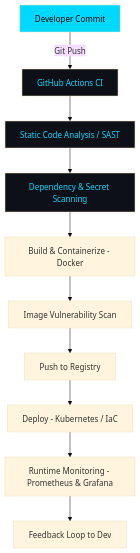
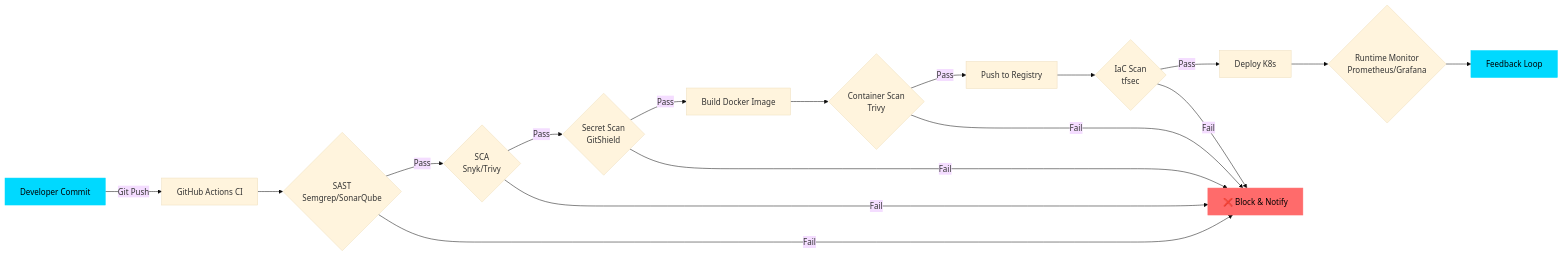
One commit to NejamulHaque/NejamulHaque changed the diagram in README.md. Above: the diagram before and after it, drawn with Mermaid (base theme). The commit also changed other lines of this file, not shown here.

````diff
--- a/README.md
+++ b/README.md
@@ -160,17 +231,22 @@
 ```mermaid
-graph TD
+graph LR
     A[Developer Commit] -->|Git Push| B[GitHub Actions CI]
-    B --> C[Static Code Analysis / SAST]
-    C --> D[Dependency & Secret Scanning]
-    D --> E[Build & Containerize - Docker]
-    E --> F[Image Vulnerability Scan]
-    F --> G[Push to Registry]
-    G --> H[Deploy - Kubernetes / IaC]
-    H --> I[Runtime Monitoring - Prometheus & Grafana]
-    I --> J[Feedback Loop to Dev]
-
-    style A fill:#00D9FF,color:#000
-    style B fill:#0D1117,color:#00D9FF
-    style C fill:#0D1117,color:#00D9FF
-    style D fill:#0D1117,color:#00D9FF
+    B --> C{SAST<br/>Semgrep/SonarQube}
+    C -->|Pass| D{SCA<br/>Snyk/Trivy}
+    D -->|Pass| E{Secret Scan<br/>GitShield}
+    E -->|Pass| F[Build Docker Image]
+    F --> G{Container Scan<br/>Trivy}
+    G -->|Pass| H[Push to Registry]
+    H --> I{IaC Scan<br/>tfsec}
+    I -->|Pass| J[Deploy K8s]
+    J --> K{Runtime Monitor<br/>Prometheus/Grafana}
+    K --> L[Feedback Loop]
+    C -->|Fail| M[❌ Block & Notify]
+    D -->|Fail| M
+    E -->|Fail| M
+    G -->|Fail| M
+    I -->|Fail| M
+    style A fill:#00D9FF,stroke:#00D9FF,color:#000
+    style L fill:#00D9FF,stroke:#00D9FF,color:#000
+    style M fill:#FF6B6B,stroke:#FF6B6B,color:#000
 ```
````
